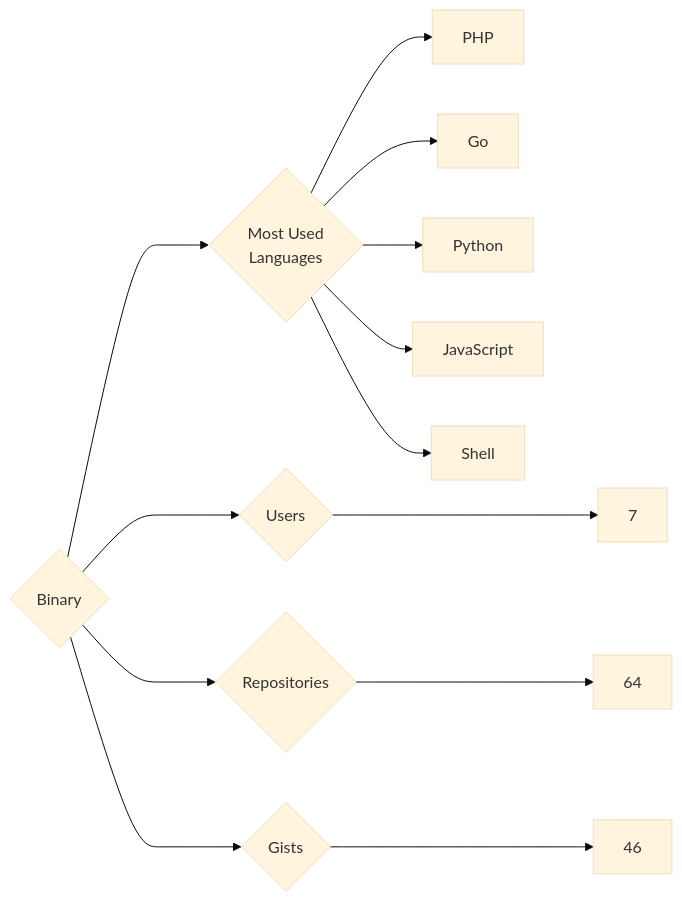
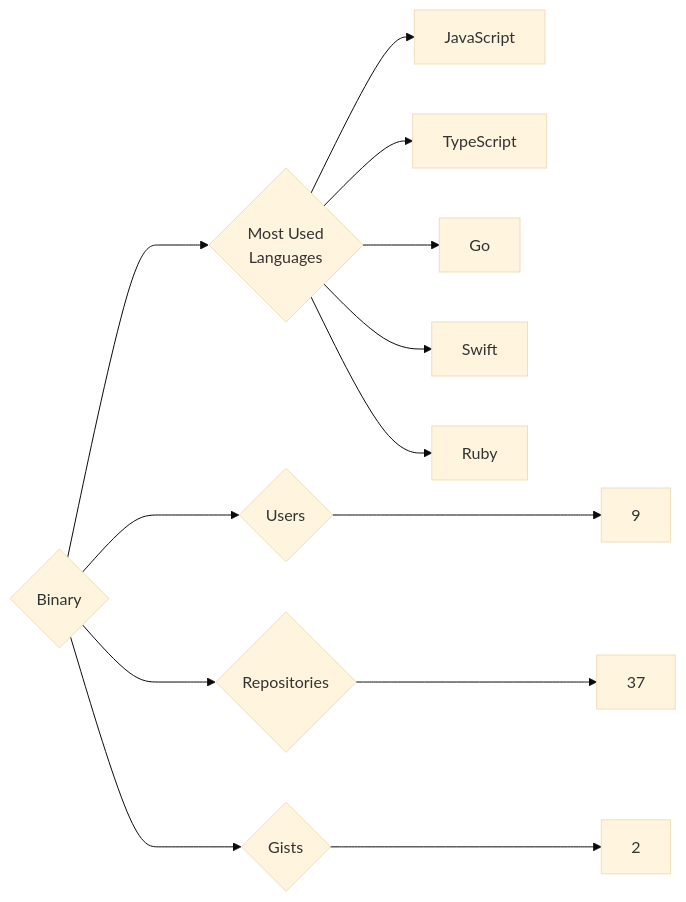
The diagram in targets/Binary/README.md (trickest/insiders), drawn with Mermaid (base theme) before and after one commit. The commit also changed 1170 other files, not shown here.

````diff
--- a/targets/Binary/README.md
+++ b/targets/Binary/README.md
@@ -3,13 +3,13 @@
 ```mermaid
 graph LR
 COMPANY_NAME{Binary}
-COMPANY_NAME ---> U{Users} ---> UN[7]
-COMPANY_NAME ---> R{Repositories} ---> RN[64]
-COMPANY_NAME ---> G{Gists} ---> GN[46]
+COMPANY_NAME ---> U{Users} ---> UN[9]
+COMPANY_NAME ---> R{Repositories} ---> RN[37]
+COMPANY_NAME ---> G{Gists} ---> GN[2]
 COMPANY_NAME ---> ML{Most Used<br>Languages}
-ML --> PHP[PHP]
+ML --> JavaScript[JavaScript]
+ML --> TypeScript[TypeScript]
 ML --> Go[Go]
-ML --> Python[Python]
-ML --> JavaScript[JavaScript]
-ML --> Shell[Shell]
+ML --> Swift[Swift]
+ML --> Ruby[Ruby]
 ```
````
